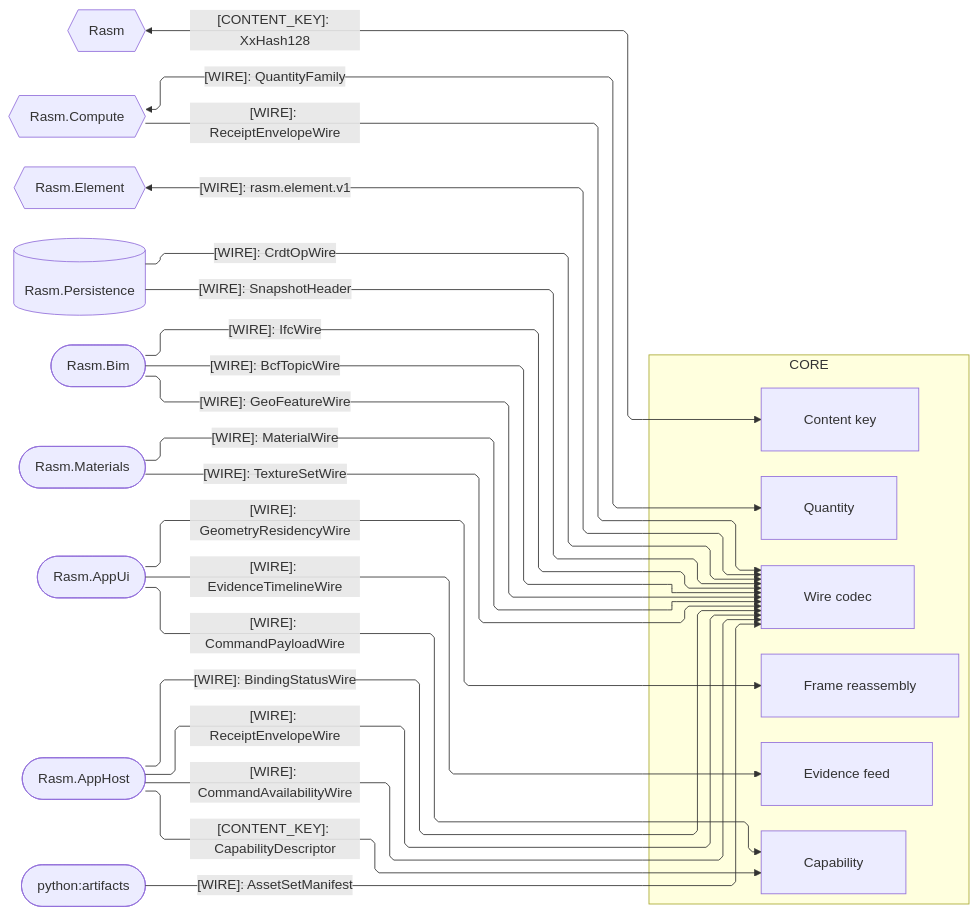
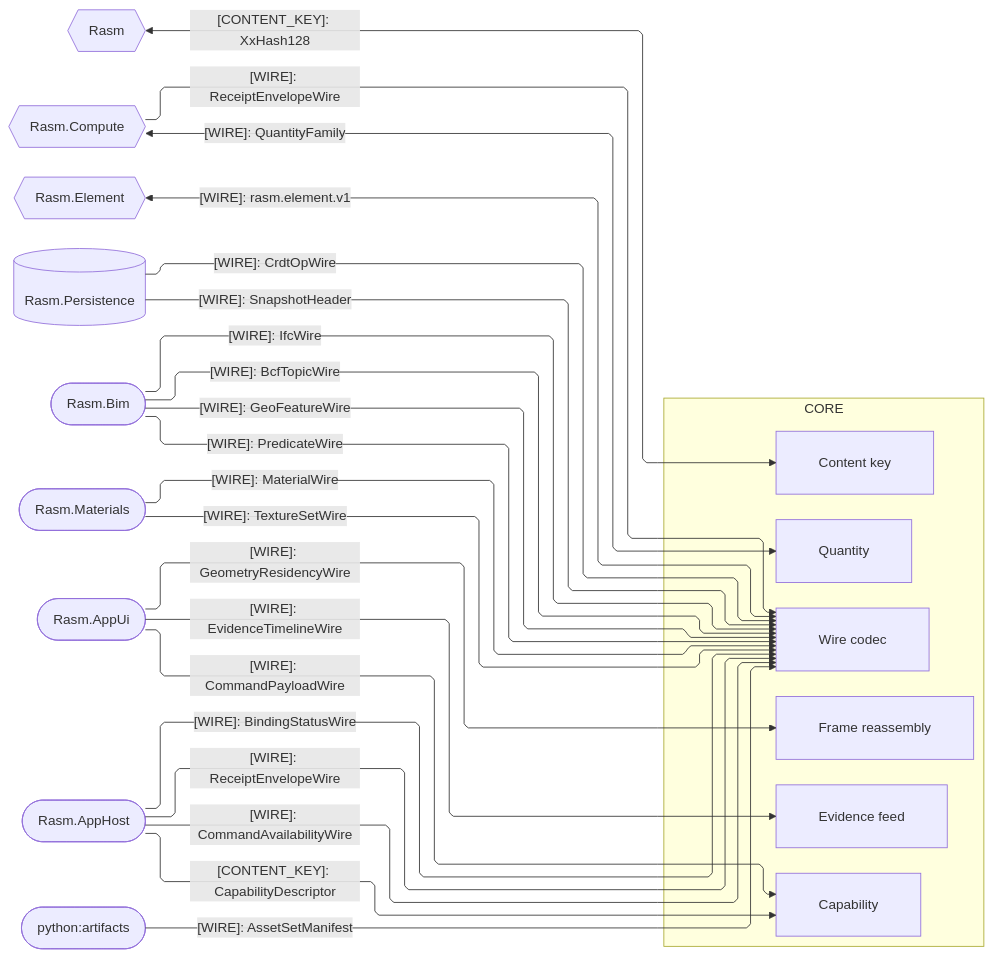
One commit to bsamiee/Rasm changed the second of 3 diagrams in libs/typescript/core/ARCHITECTURE.md. Above: the diagram before and after it, drawn with Mermaid. The commit also changed 747 other files, not shown here.

````diff
--- a/libs/typescript/core/ARCHITECTURE.md
+++ b/libs/typescript/core/ARCHITECTURE.md
@@ -121,48 +121,49 @@
 ```mermaid
 ---
 config:
   layout: elk
   flowchart:
     curve: linear
     padding: 25
 ---
 flowchart LR
     accTitle: Core wire-plane seam registry
     accDescr: Core owners decoding kinded wires spelled verbatim from the owning peer endpoint pages — C# packages and the python artifacts producer — one edge per landed family.
     subgraph core[CORE]
         ContentKey[Content key]
         Quantity[Quantity]
         Codec[Wire codec]
         Feed[Evidence feed]
         Frame[Frame reassembly]
         Invoke[Capability]
     end
     Rasm{{Rasm}}
     Compute{{Rasm.Compute}}
     Element{{Rasm.Element}}
     Persistence[(Rasm.Persistence)]
     Bim([Rasm.Bim])
     Materials([Rasm.Materials])
     AppUi([Rasm.AppUi])
     AppHost([Rasm.AppHost])
     Artifacts([python:artifacts])
     Rasm e1@<-->|"[CONTENT_KEY]: XxHash128"| ContentKey
     Compute e2@<-->|"[WIRE]: QuantityFamily"| Quantity
     Compute e3@-->|"[WIRE]: ReceiptEnvelopeWire"| Codec
     Element e4@<-->|"[WIRE]: rasm.element.v1"| Codec
     Persistence e5@-->|"[WIRE]: CrdtOpWire"| Codec
     Persistence e6@-->|"[WIRE]: SnapshotHeader"| Codec
     Bim e7@-->|"[WIRE]: IfcWire"| Codec
     Bim e8@-->|"[WIRE]: BcfTopicWire"| Codec
     Bim e9@-->|"[WIRE]: GeoFeatureWire"| Codec
+    Bim e20@-->|"[WIRE]: PredicateWire"| Codec
     Materials e10@-->|"[WIRE]: MaterialWire"| Codec
     Materials e18@-->|"[WIRE]: TextureSetWire"| Codec
     Artifacts e19@-->|"[WIRE]: AssetSetManifest"| Codec
     AppUi e11@-->|"[WIRE]: CommandPayloadWire"| Invoke
     AppUi e12@-->|"[WIRE]: GeometryResidencyWire"| Frame
     AppUi e13@-->|"[WIRE]: EvidenceTimelineWire"| Feed
     AppHost e14@-->|"[CONTENT_KEY]: CapabilityDescriptor"| Invoke
     AppHost e15@-->|"[WIRE]: ReceiptEnvelopeWire"| Codec
     AppHost e16@-->|"[WIRE]: CommandAvailabilityWire"| Codec
     AppHost e17@-->|"[WIRE]: BindingStatusWire"| Codec
 ```
````
